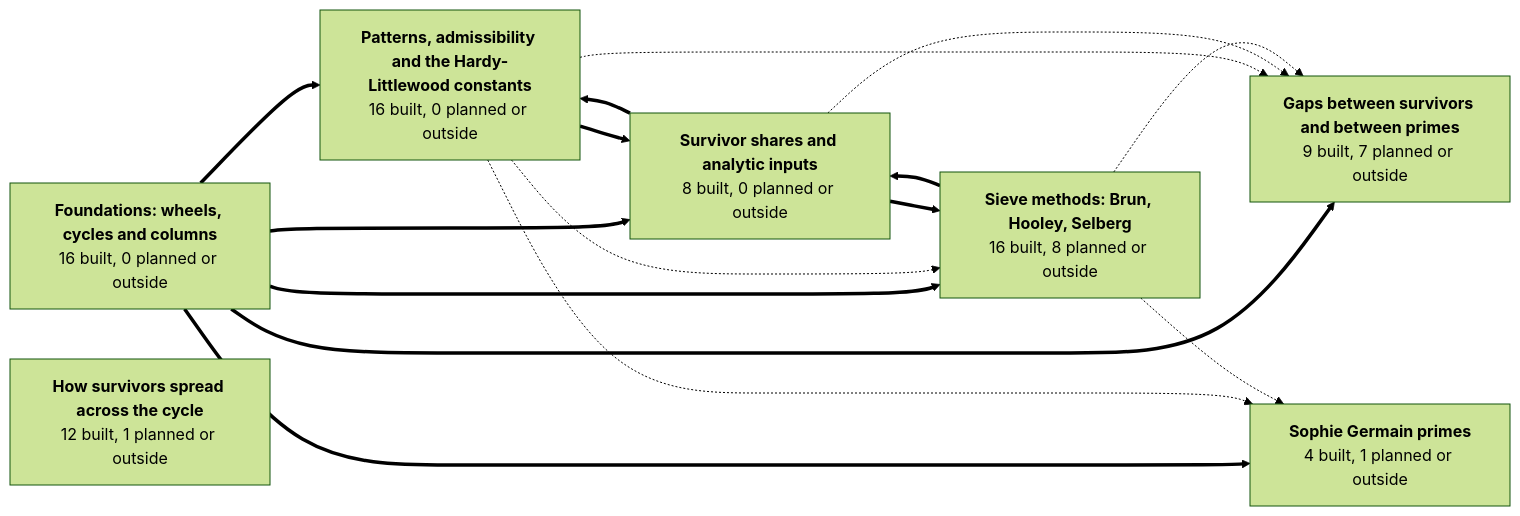
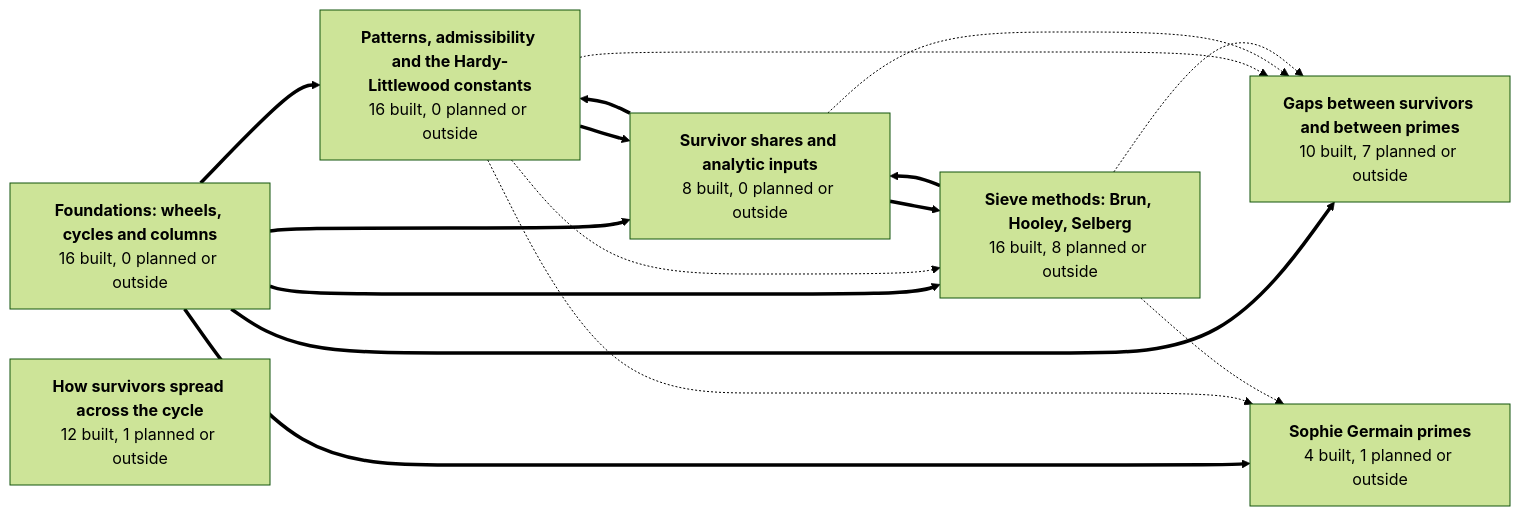
One commit to golfbum71/RNS-Sieve-Network changed the first of 8 diagrams in GRAPH.md. Above: the diagram before and after it, drawn with Mermaid (forest theme). The commit also changed other lines of this file and 12 other files, not shown here.

````diff
--- a/GRAPH.md
+++ b/GRAPH.md
@@ -45,32 +45,32 @@
 ```mermaid
 graph LR
   g1["<b>Foundations: wheels, cycles and columns</b><br/>16 built, 0 planned or outside"]
   g2["<b>Patterns, admissibility and the Hardy-Littlewood constants</b><br/>16 built, 0 planned or outside"]
   g3["<b>How survivors spread across the cycle</b><br/>12 built, 1 planned or outside"]
-  g4["<b>Gaps between survivors and between primes</b><br/>9 built, 7 planned or outside"]
+  g4["<b>Gaps between survivors and between primes</b><br/>10 built, 7 planned or outside"]
   g5["<b>Sophie Germain primes</b><br/>4 built, 1 planned or outside"]
   g6["<b>Survivor shares and analytic inputs</b><br/>8 built, 0 planned or outside"]
   g7["<b>Sieve methods: Brun, Hooley, Selberg</b><br/>16 built, 8 planned or outside"]
   g1 ==> g2
   g1 ==> g4
   g1 ==> g5
   g1 ==> g6
   g1 ==> g7
   g2 -.-> g4
   g2 -.-> g5
   g2 ==> g6
   g2 -.-> g7
   g6 ==> g2
   g6 -.-> g4
   g6 ==> g7
   g7 -.-> g4
   g7 -.-> g5
   g7 ==> g6
   click g1 href "https://github.com/golfbum71/RNS-Sieve-Network/blob/main/GRAPH.md#foundations-wheels-cycles-and-columns" _self
   click g2 href "https://github.com/golfbum71/RNS-Sieve-Network/blob/main/GRAPH.md#patterns-admissibility-and-the-hardy-littlewood-constants" _self
   click g3 href "https://github.com/golfbum71/RNS-Sieve-Network/blob/main/GRAPH.md#how-survivors-spread-across-the-cycle" _self
   click g4 href "https://github.com/golfbum71/RNS-Sieve-Network/blob/main/GRAPH.md#gaps-between-survivors-and-between-primes" _self
   click g5 href "https://github.com/golfbum71/RNS-Sieve-Network/blob/main/GRAPH.md#sophie-germain-primes" _self
   click g6 href "https://github.com/golfbum71/RNS-Sieve-Network/blob/main/GRAPH.md#survivor-shares-and-analytic-inputs" _self
   click g7 href "https://github.com/golfbum71/RNS-Sieve-Network/blob/main/GRAPH.md#sieve-methods-brun-hooley-selberg" _self
 ```
````
